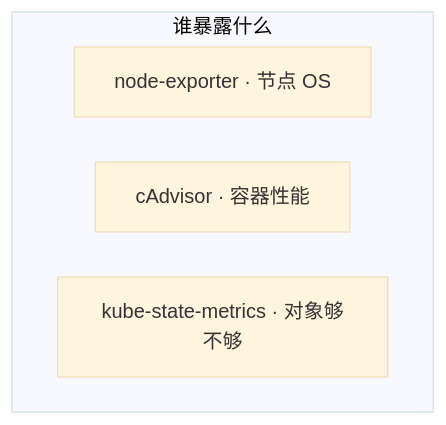
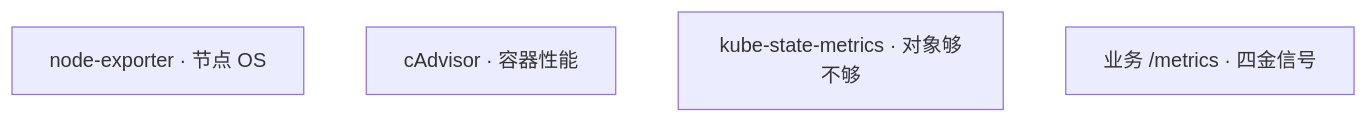
The third of 4 diagrams in 03-Kubernetes/19-监控与可观测性/知识点.md (ml-cuizijun/LearnToLilith), drawn with Mermaid before and after one commit. The commit also changed other lines of this file and 178 other files, not shown here.

````diff
--- a/03-Kubernetes/19-监控与可观测性/知识点.md
+++ b/03-Kubernetes/19-监控与可观测性/知识点.md
@@ -118,13 +120,7 @@
 ```mermaid
-%%{init: {"flowchart": {"padding": 16, "nodeSpacing": 36, "rankSpacing": 48}, "theme": "base"}}%%
 flowchart TB
-    subgraph src ["谁暴露什么"]
-        ne[node-exporter · 节点 OS]
-        cad[cAdvisor · 容器性能]
-        ksm[kube-state-metrics · 对象够不够]
-    end
-
-    class ne a
-    class cad b
-    class ksm c
+    NE["node-exporter · 节点 OS"]
+    CAD["cAdvisor · 容器性能"]
+    KSM["kube-state-metrics · 对象够不够"]
+    APP["业务 /metrics · 四金信号"]
 ```
````
